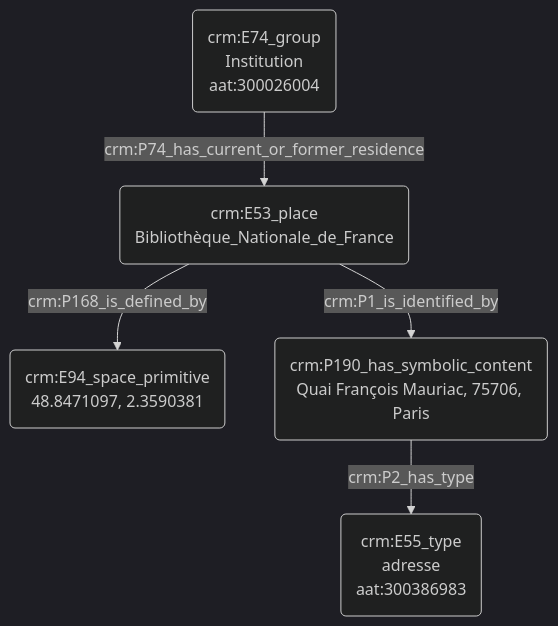
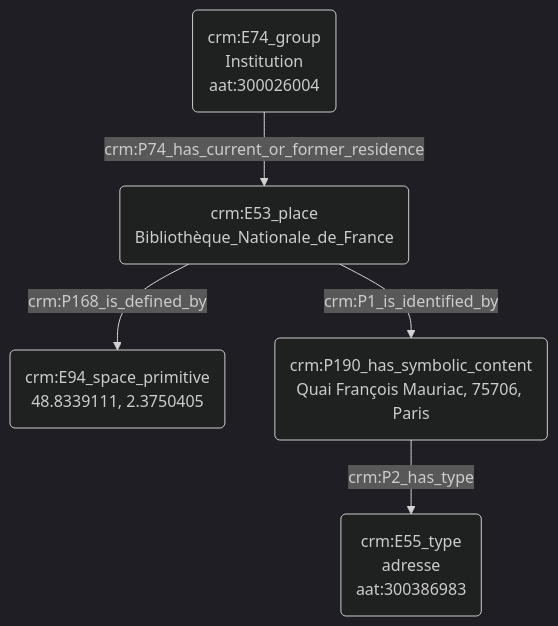
The diagram in modules/livrables/Dossier 2/Indexation conceptuelle/indexation_d_un_lieu.md (Amleth/consortium-musica2-gt2-ontologies), drawn with Mermaid (dark theme) before and after one commit.

````diff
--- a/modules/livrables/Dossier 2/Indexation conceptuelle/indexation_d_un_lieu.md
+++ b/modules/livrables/Dossier 2/Indexation conceptuelle/indexation_d_un_lieu.md
@@ -17,9 +17,9 @@
 ```mermaid
 graph TD;
 
-A(crm:E53_place<br>Bibliothèque_Nationale_de_France) --> |crm:P168_is_defined_by| B(crm:E94_space_primitive<br>48.8471097, 2.3590381)
+A(crm:E53_place<br>Bibliothèque_Nationale_de_France) --> |crm:P168_is_defined_by| B(crm:E94_space_primitive<br>48.8339111, 2.3750405)
 C(crm:E74_group<br>Institution<br>aat:300026004) --> |crm:P74_has_current_or_former_residence| A(crm:E53_place<br>Bibliothèque_Nationale_de_France)
 A(crm:E53_place<br>Bibliothèque_Nationale_de_France) --> |crm:P1_is_identified_by| D(crm:P190_has_symbolic_content<br>Quai François Mauriac, 75706, Paris)
 D(crm:P190_has_symbolic_content<br>Quai François Mauriac, 75706, Paris) --> |crm:P2_has_type| E(crm:E55_type<br>adresse<br>aat:300386983) 
 
 ```
````
